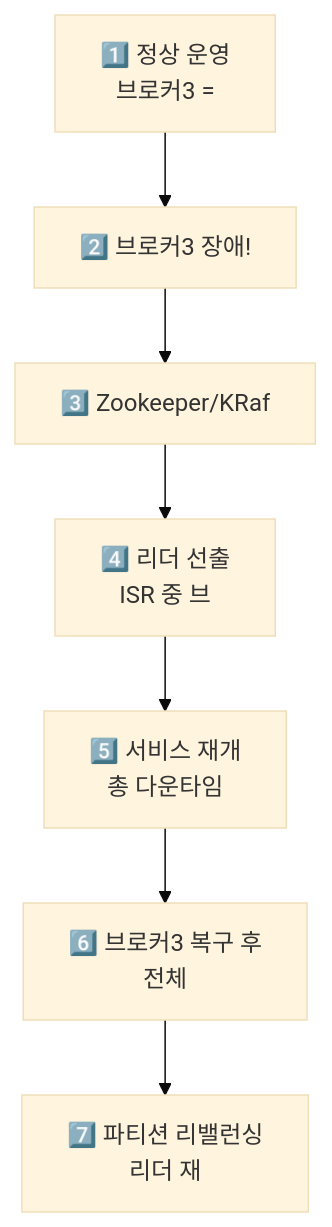
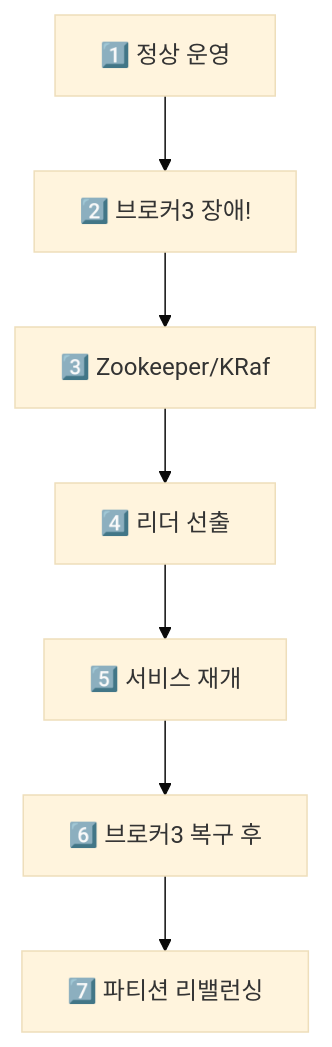
One commit to yjkim2015/yjkim2015.github.io changed diagram 12 of 12 in _posts/kafka/2026-05-02-kafka-deep.md. Above: the diagram before and after it, drawn with Mermaid (base theme). The commit also changed other lines of this file and 217 other files, not shown here.

First line of the commit message:
Mermaid 크기 수정: useMaxWidth:true + SVG max-width:100% + 라벨 축소

````diff
--- a/_posts/kafka/2026-05-02-kafka-deep.md
+++ b/_posts/kafka/2026-05-02-kafka-deep.md
@@ -647,10 +647,10 @@
 ```mermaid
 graph TD
-    Normal["1️⃣ 정상 운영\n브로커3 ="]
+    Normal["1️⃣ 정상 운영"]
     Normal --> Fail["2️⃣ 브로커3 장애!"]
     Fail --> Detect["3️⃣ Zookeeper/KRaf"]
-    Detect --> Election["4️⃣ 리더 선출\nISR 중 브"]
-    Election --> Recovery["5️⃣ 서비스 재개\n총 다운타임"]
-    Recovery --> Replication["6️⃣ 브로커3 복구 후\n전체"]
-    Replication --> Balance["7️⃣ 파티션 리밸런싱\n리더 재"]
+    Detect --> Election["4️⃣ 리더 선출"]
+    Election --> Recovery["5️⃣ 서비스 재개"]
+    Recovery --> Replication["6️⃣ 브로커3 복구 후"]
+    Replication --> Balance["7️⃣ 파티션 리밸런싱"]
 ```
````
